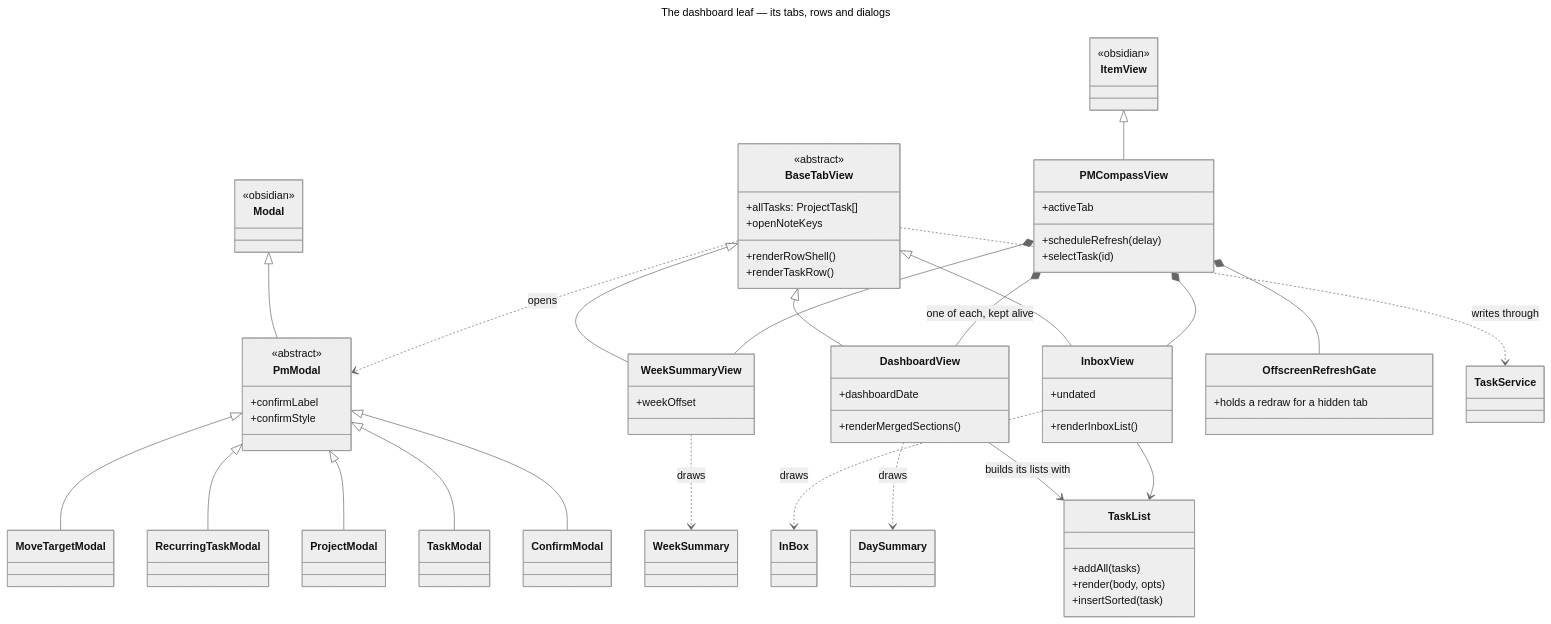
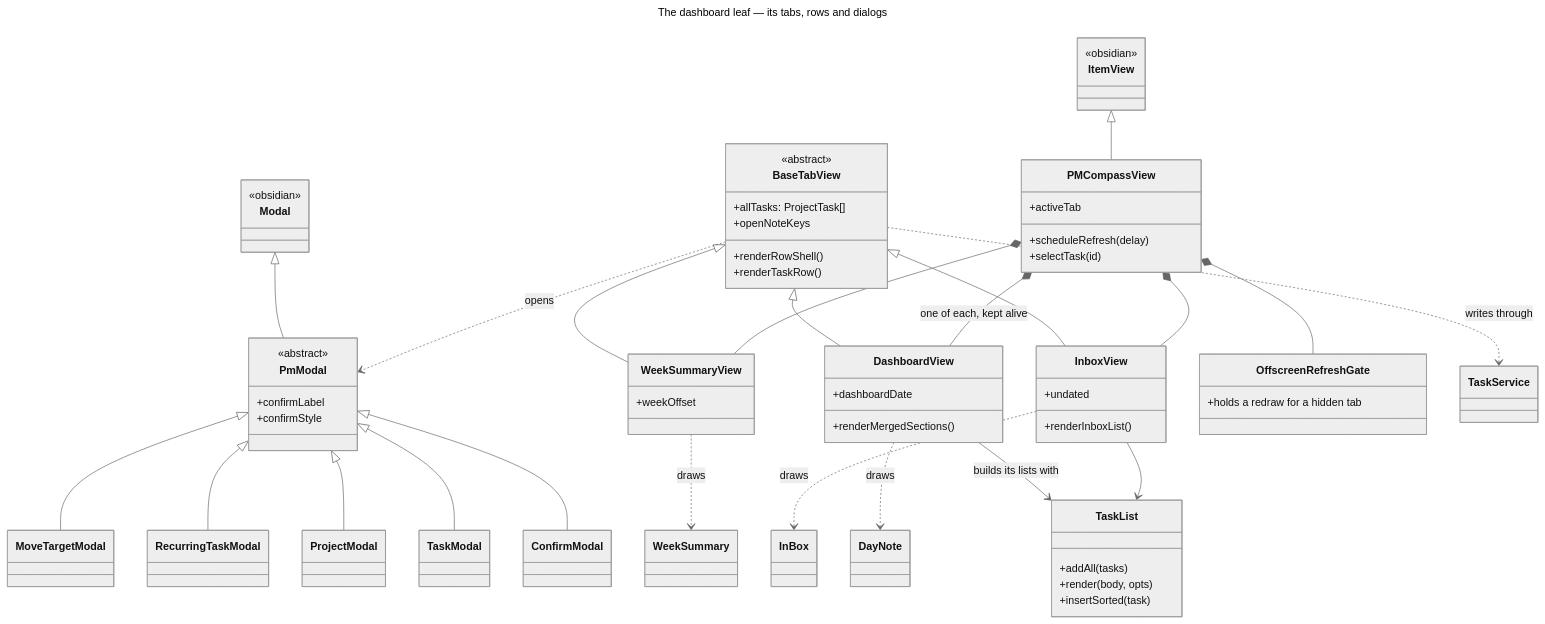
One commit to Laurent-Ferier/pm-compass changed the diagram in docs/technical/diagrams/ui-dashboard.mmd. Above: the diagram before and after it, drawn with Mermaid (neutral theme). The commit also changed 34 other files, not shown here.

```diff
--- a/docs/technical/diagrams/ui-dashboard.mmd
+++ b/docs/technical/diagrams/ui-dashboard.mmd
@@ -1,72 +1,72 @@
 ---
 title: The dashboard leaf — its tabs, rows and dialogs
 ---
 classDiagram
   direction TB
 
   class ItemView {
     <<obsidian>>
   }
   class Modal {
     <<obsidian>>
   }
 
   class PMCompassView {
     +activeTab
     +scheduleRefresh(delay)
     +selectTask(id)
   }
   class BaseTabView {
     <<abstract>>
     +allTasks: ProjectTask[]
     +openNoteKeys
     +renderRowShell()
     +renderTaskRow()
   }
   class DashboardView {
     +dashboardDate
     +renderMergedSections()
   }
   class InboxView {
     +undated
     +renderInboxList()
   }
   class WeekSummaryView {
     +weekOffset
   }
   class TaskList {
     +addAll(tasks)
     +render(body, opts)
     +insertSorted(task)
   }
   class PmModal {
     <<abstract>>
     +confirmLabel
     +confirmStyle
   }
   class OffscreenRefreshGate {
     +holds a redraw for a hidden tab
   }
 
   ItemView <|-- PMCompassView
   BaseTabView <|-- DashboardView
   BaseTabView <|-- InboxView
   BaseTabView <|-- WeekSummaryView
   Modal <|-- PmModal
   PmModal <|-- ConfirmModal
   PmModal <|-- TaskModal
   PmModal <|-- ProjectModal
   PmModal <|-- RecurringTaskModal
   PmModal <|-- MoveTargetModal
 
   PMCompassView *-- DashboardView : one of each, kept alive
   PMCompassView *-- InboxView
   PMCompassView *-- WeekSummaryView
   PMCompassView *-- OffscreenRefreshGate
   DashboardView --> TaskList : builds its lists with
   InboxView --> TaskList
   WeekSummaryView ..> WeekSummary : draws
   BaseTabView ..> PmModal : opens
   BaseTabView ..> TaskService : writes through
-  DashboardView ..> DaySummary : draws
+  DashboardView ..> DayNote : draws
   InboxView ..> InBox : draws
```
